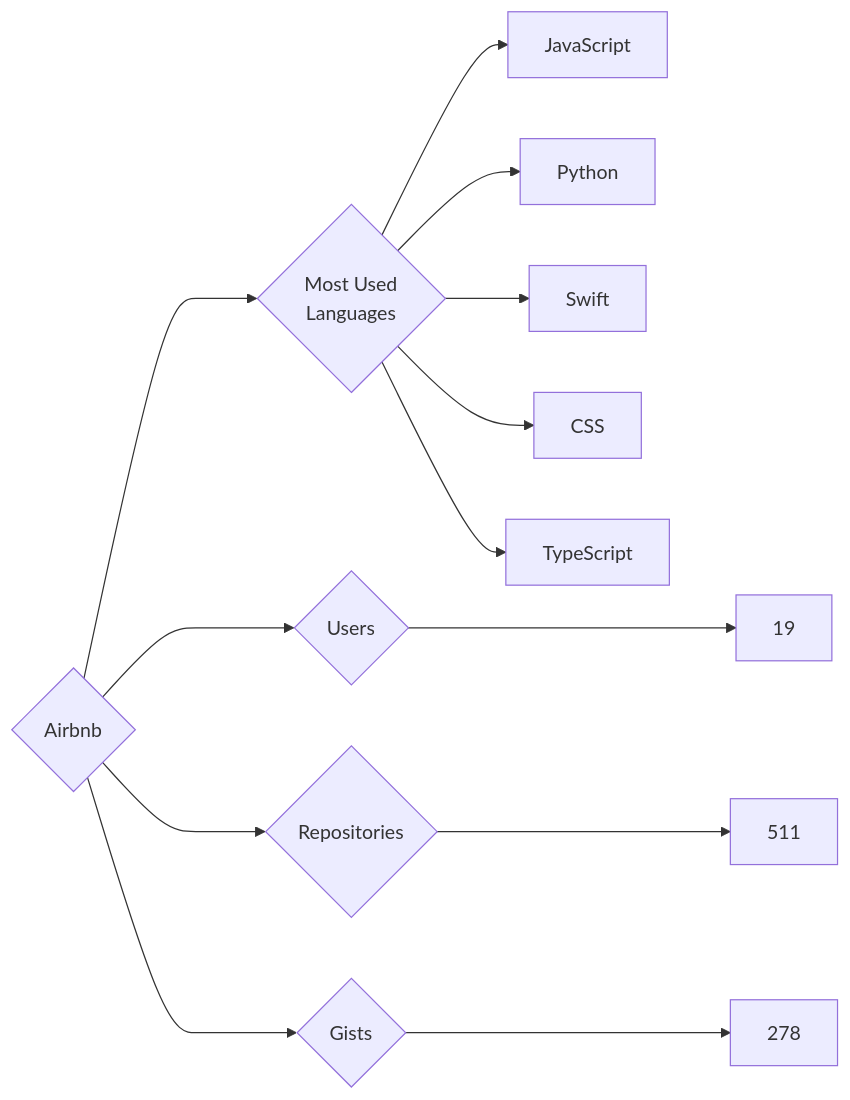
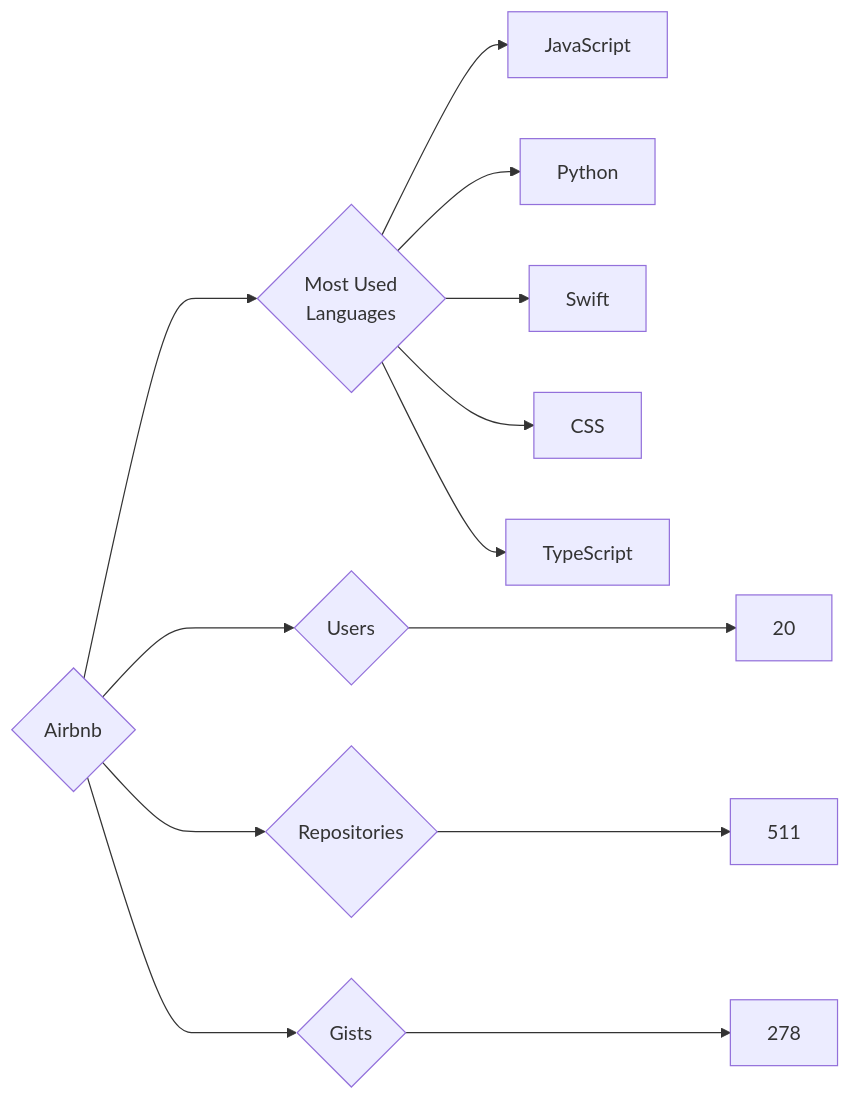
The diagram in targets/Airbnb/README.md (trickest/insiders), drawn with Mermaid before and after one commit. The commit also changed 681 other files, not shown here.

````diff
--- a/targets/Airbnb/README.md
+++ b/targets/Airbnb/README.md
@@ -3,13 +3,13 @@
 ```mermaid
 graph LR
 COMPANY_NAME{Airbnb}
-COMPANY_NAME ---> U{Users} ---> UN[19]
+COMPANY_NAME ---> U{Users} ---> UN[20]
 COMPANY_NAME ---> R{Repositories} ---> RN[511]
 COMPANY_NAME ---> G{Gists} ---> GN[278]
 COMPANY_NAME ---> ML{Most Used<br>Languages}
 ML --> JavaScript[JavaScript]
 ML --> Python[Python]
 ML --> Swift[Swift]
 ML --> CSS[CSS]
 ML --> TypeScript[TypeScript]
 ```
````
